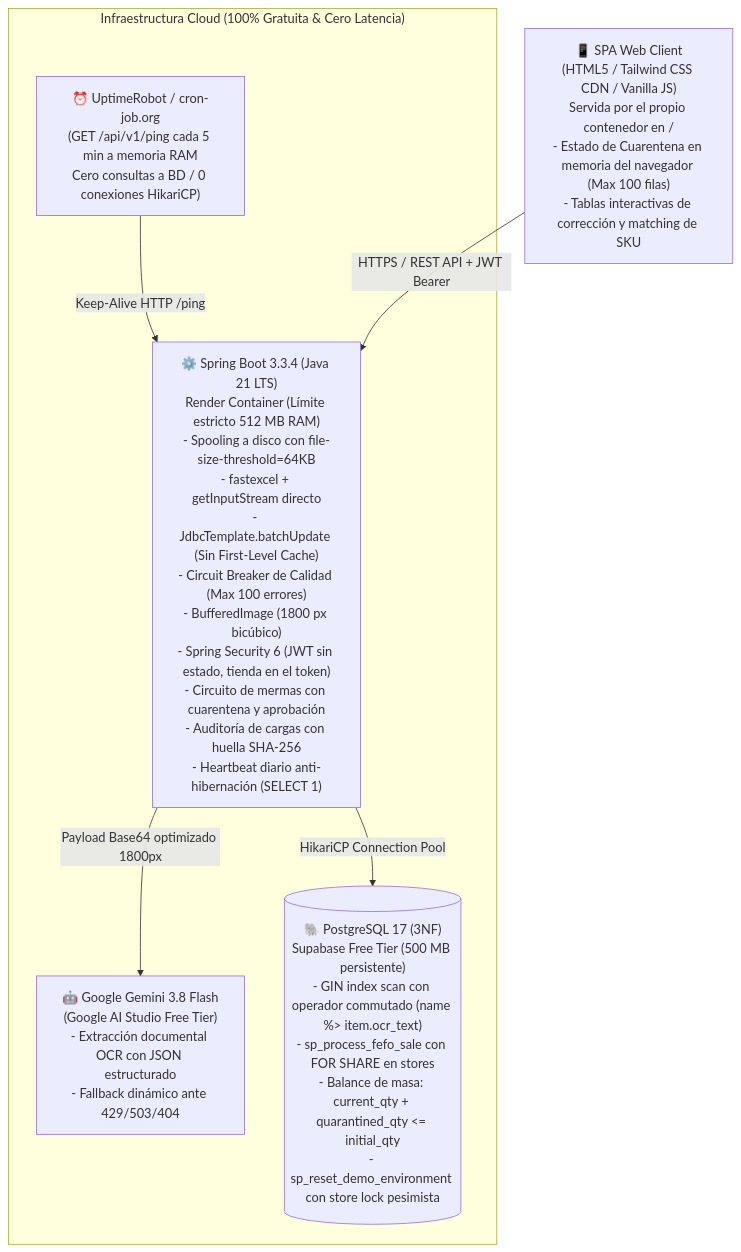
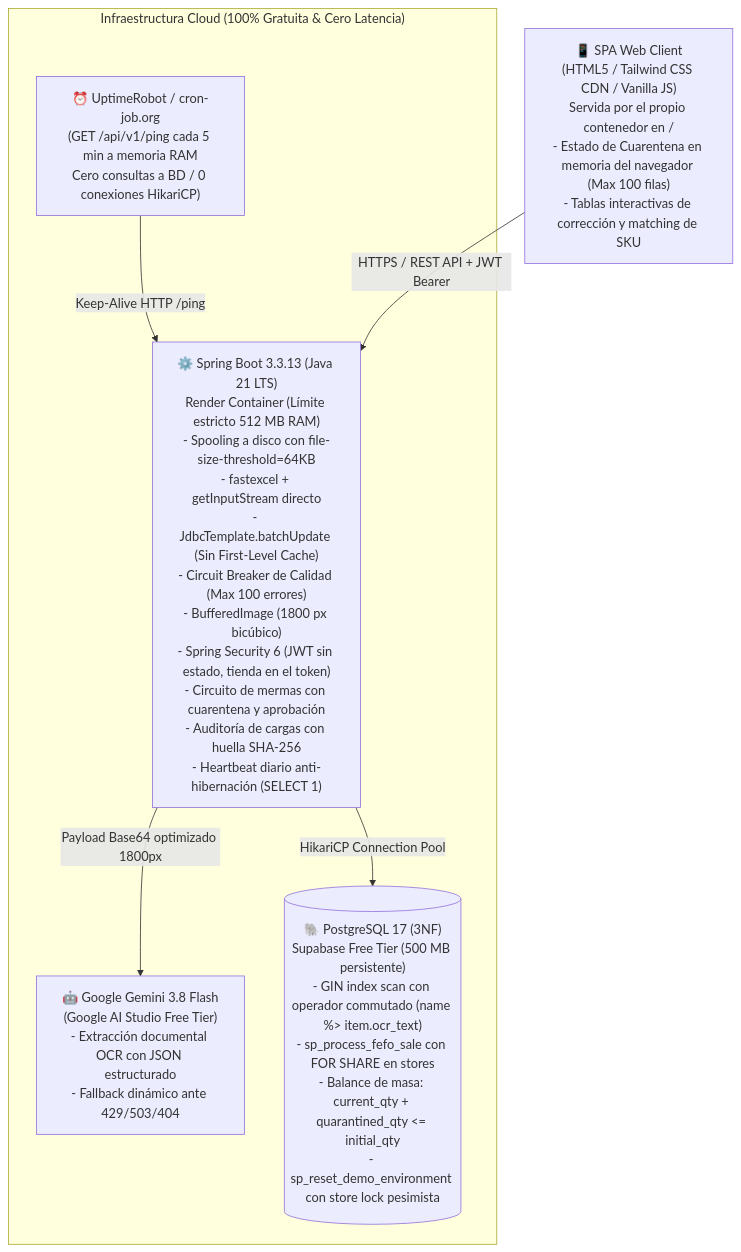
One commit to MrOdar/kardo changed the first of 2 diagrams in docs/ARCHITECTURE_SPEC.md. Above: the diagram before and after it, drawn with Mermaid. The commit also changed other lines of this file and 6 other files, not shown here.

First line of the commit message:
chore(deps): subir a Spring Boot 3.3.13 y añadir revisión de dependencias al CI

````diff
--- a/docs/ARCHITECTURE_SPEC.md
+++ b/docs/ARCHITECTURE_SPEC.md
@@ -16,19 +16,19 @@
 ```mermaid
 flowchart TD
     Client["📱 SPA Web Client\n(HTML5 / Tailwind CSS CDN / Vanilla JS)\nServida por el propio contenedor en /\n- Estado de Cuarentena en memoria del navegador (Max 100 filas)\n- Tablas interactivas de corrección y matching de SKU"]
     
     subgraph Cloud_Free_Tier ["Infraestructura Cloud (100% Gratuita & Cero Latencia)"]
         UptimeMonitor["⏰ UptimeRobot / cron-job.org\n(GET /api/v1/ping cada 5 min a memoria RAM\nCero consultas a BD / 0 conexiones HikariCP)"]
         
-        Backend["⚙️ Spring Boot 3.3.4 (Java 21 LTS)\nRender Container (Límite estricto 512 MB RAM)\n- Spooling a disco con file-size-threshold=64KB\n- fastexcel + getInputStream directo\n- JdbcTemplate.batchUpdate (Sin First-Level Cache)\n- Circuit Breaker de Calidad (Max 100 errores)\n- BufferedImage (1800 px bicúbico)\n- Spring Security 6 (JWT sin estado, tienda en el token)\n- Circuito de mermas con cuarentena y aprobación\n- Auditoría de cargas con huella SHA-256\n- Heartbeat diario anti-hibernación (SELECT 1)"]
+        Backend["⚙️ Spring Boot 3.3.13 (Java 21 LTS)\nRender Container (Límite estricto 512 MB RAM)\n- Spooling a disco con file-size-threshold=64KB\n- fastexcel + getInputStream directo\n- JdbcTemplate.batchUpdate (Sin First-Level Cache)\n- Circuit Breaker de Calidad (Max 100 errores)\n- BufferedImage (1800 px bicúbico)\n- Spring Security 6 (JWT sin estado, tienda en el token)\n- Circuito de mermas con cuarentena y aprobación\n- Auditoría de cargas con huella SHA-256\n- Heartbeat diario anti-hibernación (SELECT 1)"]
         
         Gemini["🤖 Google Gemini 3.8 Flash\n(Google AI Studio Free Tier)\n- Extracción documental OCR con JSON estructurado\n- Fallback dinámico ante 429/503/404"]
         
         DB[("🐘 PostgreSQL 17 (3NF)\nSupabase Free Tier (500 MB persistente)\n- GIN index scan con operador commutado (name %> item.ocr_text)\n- sp_process_fefo_sale con FOR SHARE en stores\n- Balance de masa: current_qty + quarantined_qty <= initial_qty\n- sp_reset_demo_environment con store lock pesimista")]
     end
 
     UptimeMonitor -->|Keep-Alive HTTP /ping| Backend
     Client -->|HTTPS / REST API + JWT Bearer| Backend
     Backend -->|Payload Base64 optimizado 1800px| Gemini
     Backend -->|HikariCP Connection Pool| DB
 ```
````
